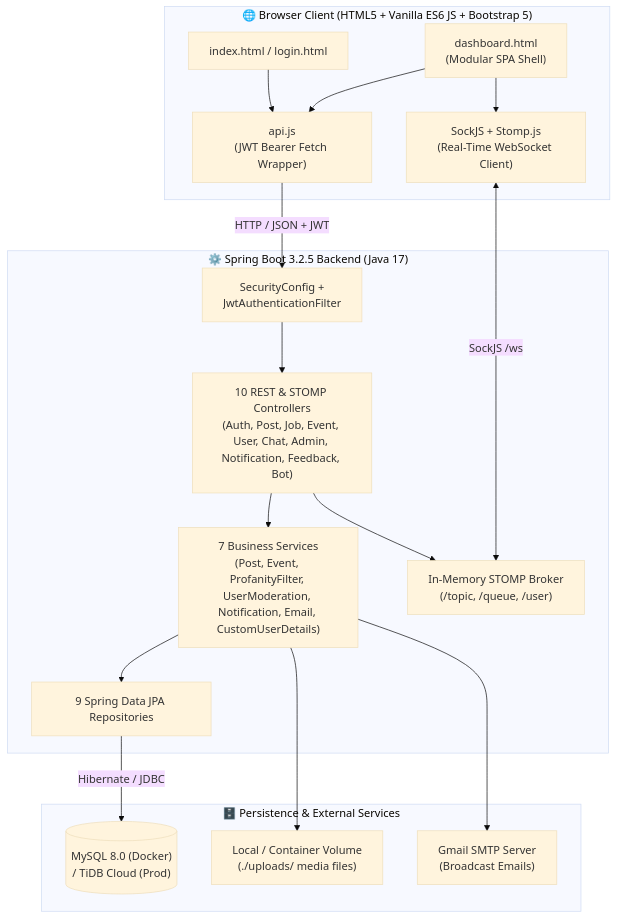
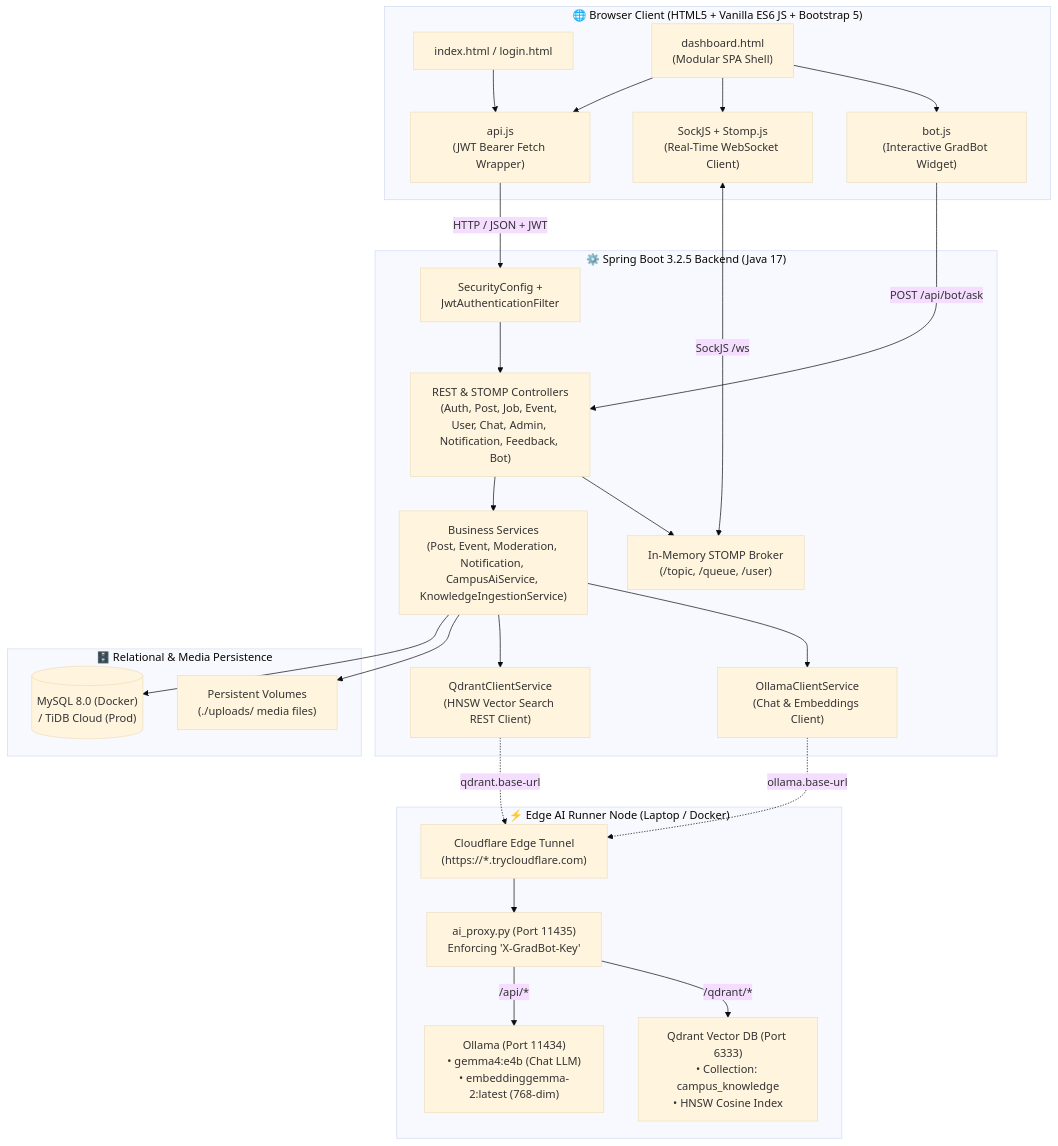
One commit to piyushgoel2808/campus-connect changed the diagram in README.md. Above: the diagram before and after it, drawn with Mermaid (base theme). The commit also changed other lines of this file and 9 other files, not shown here.

Commit message:
feat(docker): add cross-platform Docker AI runner, update compose with Qdrant, and comprehensive README docs

````diff
--- a/README.md
+++ b/README.md
@@ -40,36 +39,53 @@
 ```mermaid
 flowchart TB
     subgraph Client["🌐 Browser Client (HTML5 + Vanilla ES6 JS + Bootstrap 5)"]
         Landing["index.html / login.html"]
         SPA["dashboard.html\n(Modular SPA Shell)"]
         RESTClient["api.js\n(JWT Bearer Fetch Wrapper)"]
         WSClient["SockJS + Stomp.js\n(Real-Time WebSocket Client)"]
+        BotWidget["bot.js\n(Interactive GradBot Widget)"]
     end
 
     subgraph Server["⚙️ Spring Boot 3.2.5 Backend (Java 17)"]
         Security["SecurityConfig +\nJwtAuthenticationFilter"]
-        Controllers["10 REST & STOMP Controllers\n(Auth, Post, Job, Event, User, Chat, Admin, Notification, Feedback, Bot)"]
-        Services["7 Business Services\n(Post, Event, ProfanityFilter, UserModeration, Notification, Email, CustomUserDetails)"]
-        Repos["9 Spring Data JPA Repositories"]
+        Controllers["REST & STOMP Controllers\n(Auth, Post, Job, Event, User, Chat, Admin, Notification, Feedback, Bot)"]
+        Services["Business Services\n(Post, Event, Moderation, Notification, CampusAiService, KnowledgeIngestionService)"]
+        QdrantClient["QdrantClientService\n(HNSW Vector Search REST Client)"]
+        OllamaClient["OllamaClientService\n(Chat & Embeddings Client)"]
         Broker["In-Memory STOMP Broker\n(/topic, /queue, /user)"]
     end
 
-    subgraph Storage["🗄️ Persistence & External Services"]
+    subgraph Storage["🗄️ Relational & Media Persistence"]
         DB[("MySQL 8.0 (Docker)\n/ TiDB Cloud (Prod)")]
-        Uploads["Local / Container Volume\n(./uploads/ media files)"]
-        SMTP["Gmail SMTP Server\n(Broadcast Emails)"]
+        Uploads["Persistent Volumes\n(./uploads/ media files)"]
+    end
+
+    subgraph EdgeAI["⚡ Edge AI Runner Node (Laptop / Docker)"]
+        Tunnel["Cloudflare Edge Tunnel\n(https://*.trycloudflare.com)"]
+        Proxy["ai_proxy.py (Port 11435)\nEnforcing 'X-GradBot-Key'"]
+        OllamaEngine["Ollama (Port 11434)\n• gemma4:e4b (Chat LLM)\n• embeddinggemma-2:latest (768-dim)"]
+        QdrantEngine["Qdrant Vector DB (Port 6333)\n• Collection: campus_knowledge\n• HNSW Cosine Index"]
     end
 
     Landing --> RESTClient
     SPA --> RESTClient
     SPA --> WSClient
+    SPA --> BotWidget
     RESTClient -->|"HTTP / JSON + JWT"| Security
     WSClient <-->|"SockJS /ws"| Broker
+    BotWidget -->|"POST /api/bot/ask"| Controllers
+
     Security --> Controllers
     Controllers --> Services
     Controllers --> Broker
-    Services --> Repos
+    Services --> DB
     Services --> Uploads
-    Services --> SMTP
-    Repos -->|"Hibernate / JDBC"| DB
+    Services --> QdrantClient
+    Services --> OllamaClient
+
+    QdrantClient -.->|"qdrant.base-url"| Tunnel
+    OllamaClient -.->|"ollama.base-url"| Tunnel
+    Tunnel --> Proxy
+    Proxy -->|/api/*| OllamaEngine
+    Proxy -->|/qdrant/*| QdrantEngine
 ```
````
